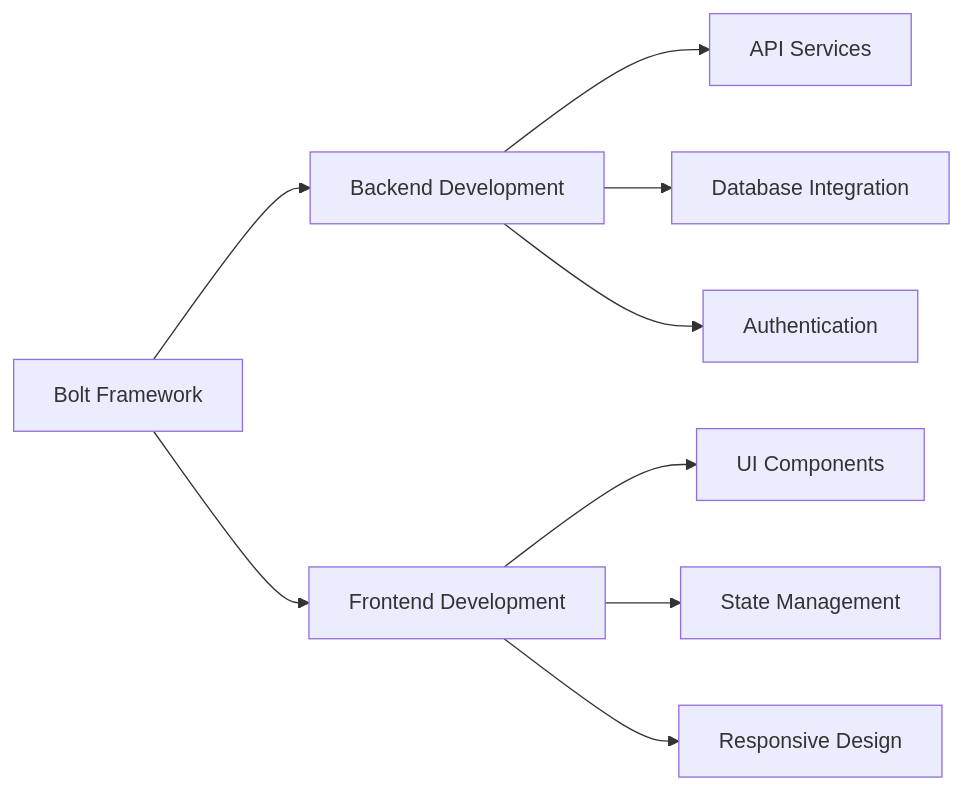
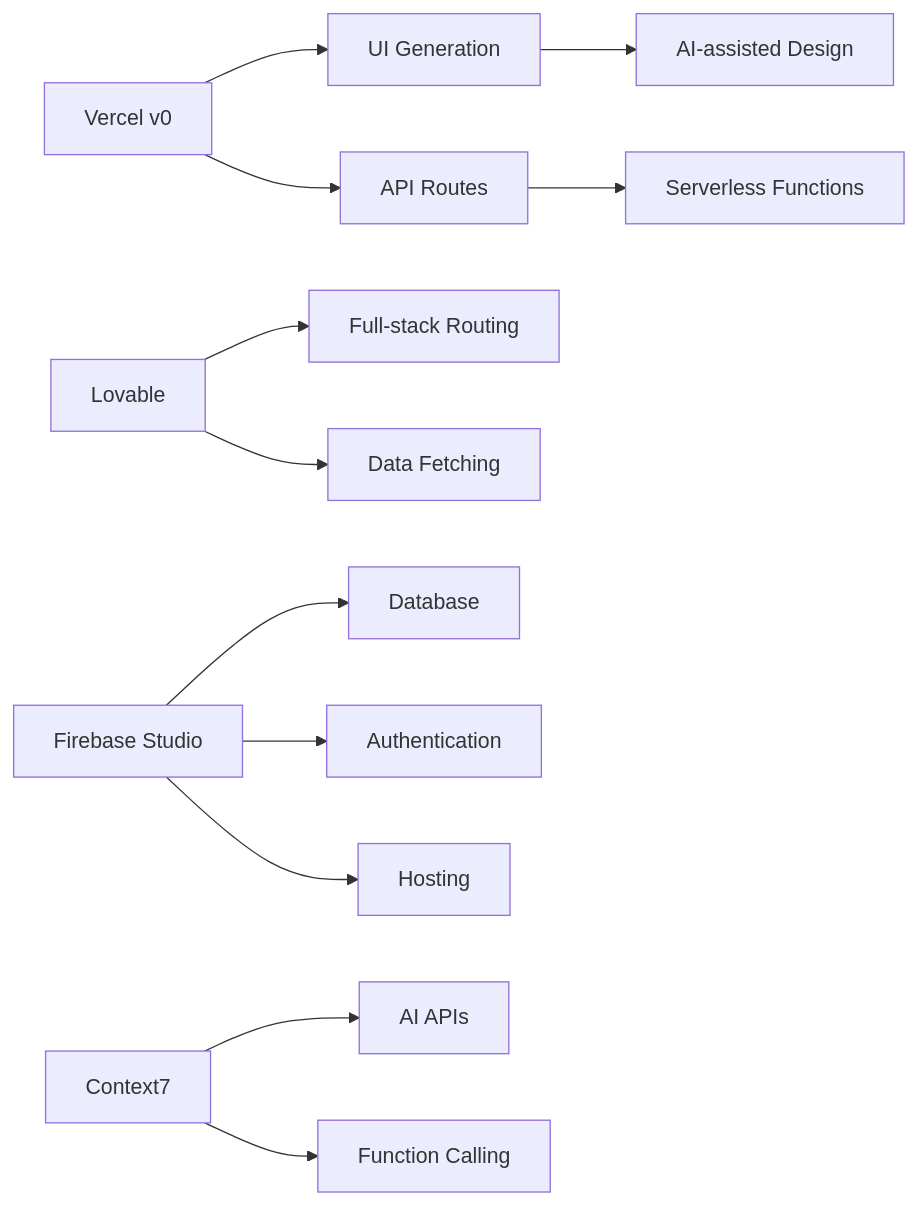
The first of 2 diagrams in chapters/11-vibe-coding-framework.md (racksync/workshop-ai), drawn with Mermaid before and after one commit. The commit also changed other lines of this file and 3 other files, not shown here.

````diff
--- a/chapters/11-vibe-coding-framework.md
+++ b/chapters/11-vibe-coding-framework.md
@@ -15,11 +30,14 @@
 ```mermaid
 graph LR
-    A[Bolt Framework] --> B[Backend Development]
-    A --> C[Frontend Development]
-    B --> D[API Services]
-    B --> E[Database Integration]
-    B --> F[Authentication]
-    C --> G[UI Components]
-    C --> H[State Management]
-    C --> I[Responsive Design]
+    A[Vercel v0] --> B[UI Generation]
+    A --> C[API Routes]
+    B --> D[AI-assisted Design]
+    C --> E[Serverless Functions]
+    F[Lovable] --> G[Full-stack Routing]
+    F --> H[Data Fetching]
+    I[Firebase Studio] --> J[Database]
+    I --> K[Authentication]
+    I --> L[Hosting]
+    M[Context7] --> N[AI APIs]
+    M --> O[Function Calling]
 ```
````
